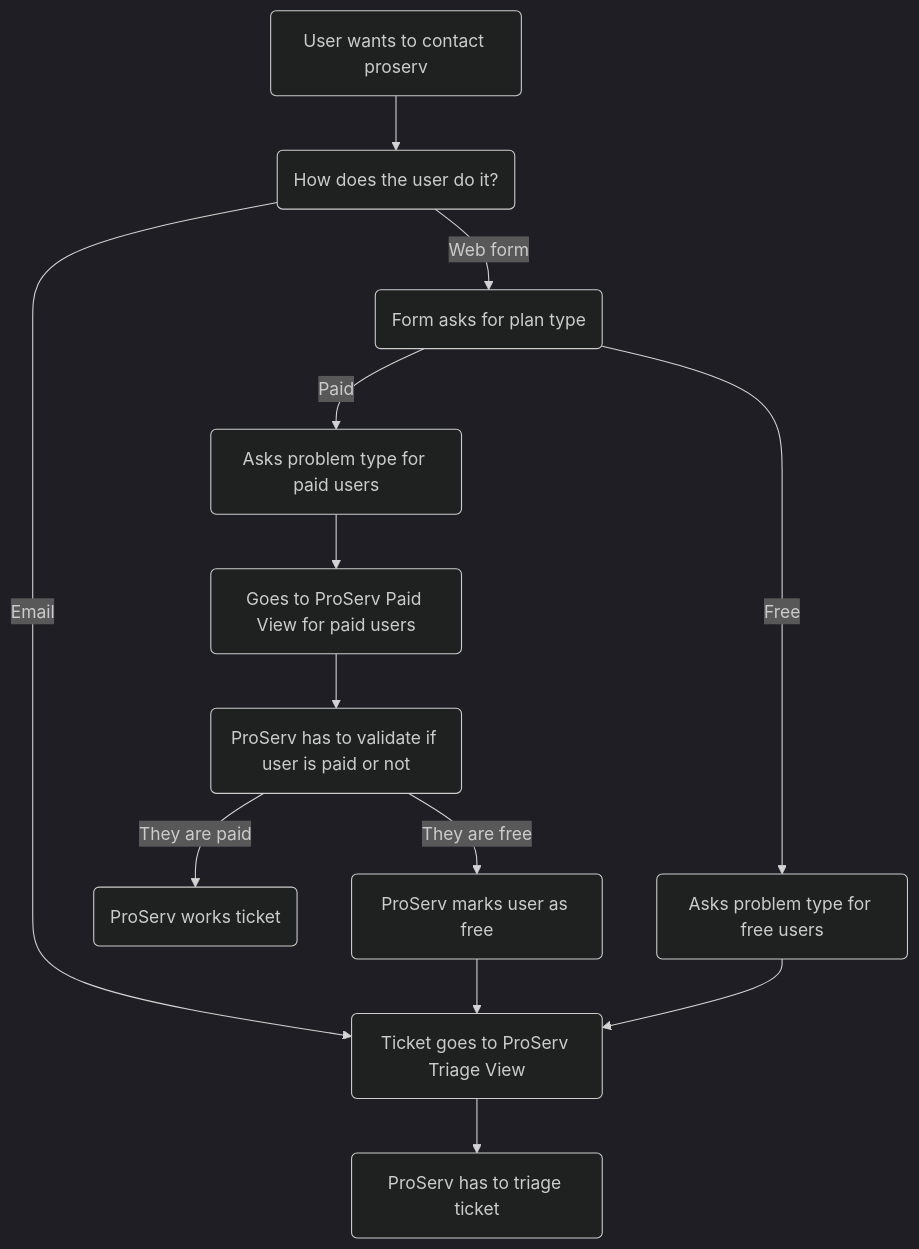
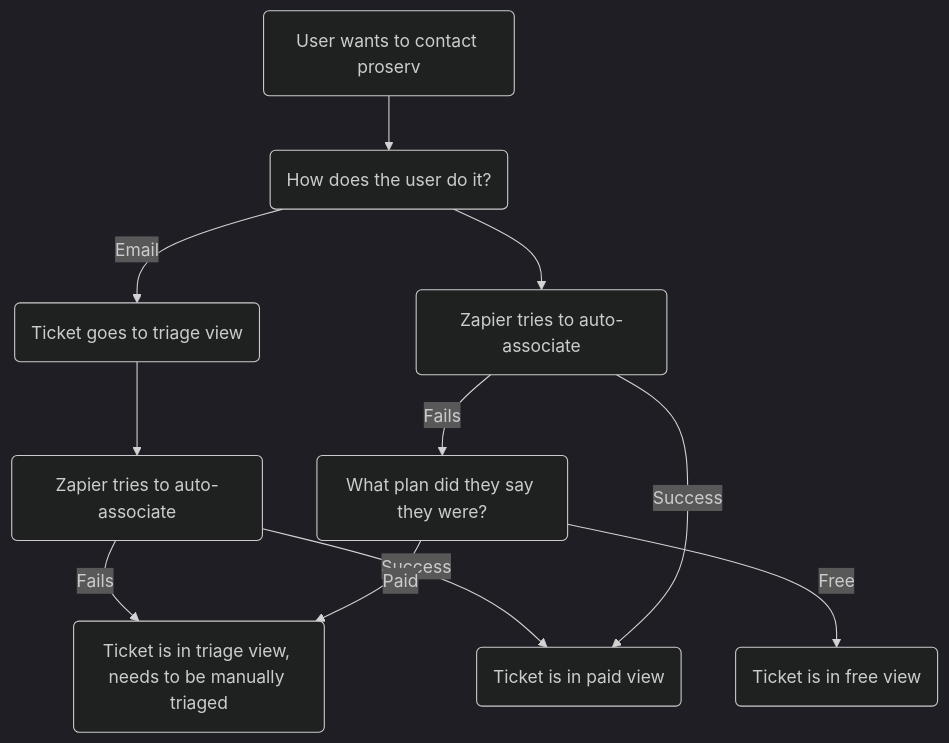
One commit to secretstartups/handbook changed the third of 3 diagrams in people-group/learning-and-development/gitlab-learn/admin/index.html.md. Above: the diagram before and after it, drawn with Mermaid (dark theme). The commit also changed other lines of this file, not shown here.

````diff
--- a/people-group/learning-and-development/gitlab-learn/admin/index.html.md
+++ b/people-group/learning-and-development/gitlab-learn/admin/index.html.md
@@ -609,15 +613,22 @@
 ```mermaid
 graph TD;
-A(User wants to contact proserv)-->B(How does the user do it?)
-B--Email-->C(Ticket goes to ProServ Triage View)
-B--Web form-->D(Form asks for plan type)
-D--Paid-->E(Asks problem type for paid users)
-D--Free-->F(Asks problem type for free users)
-E-->G(Goes to ProServ Paid View for paid users)
-G-->H(ProServ has to validate if user is paid or not)
-F-->C
-H--They are paid-->K(ProServ works ticket)
-H--They are free-->J(ProServ marks user as free)
-C-->L(ProServ has to triage ticket)
-J-->C
+A(User wants to contact proserv)
+B(How does the user do it?)
+C(Ticket goes to triage view)
+D(Zapier tries to auto-associate)
+E(Ticket is in triage view, needs to be manually triaged)
+F(What plan did they say they were?)
+G(Ticket is in paid view)
+H(Ticket is in free view)
+I(Zapier tries to auto-associate)
+A-->B;
+B--Email-->C;
+C-->D;
+D--Fails-->E;
+B-->I;
+D--Success-->G;
+I--Success-->G;
+I--Fails-->F;
+F--Paid-->E;
+F--Free-->H;
 ```
````
